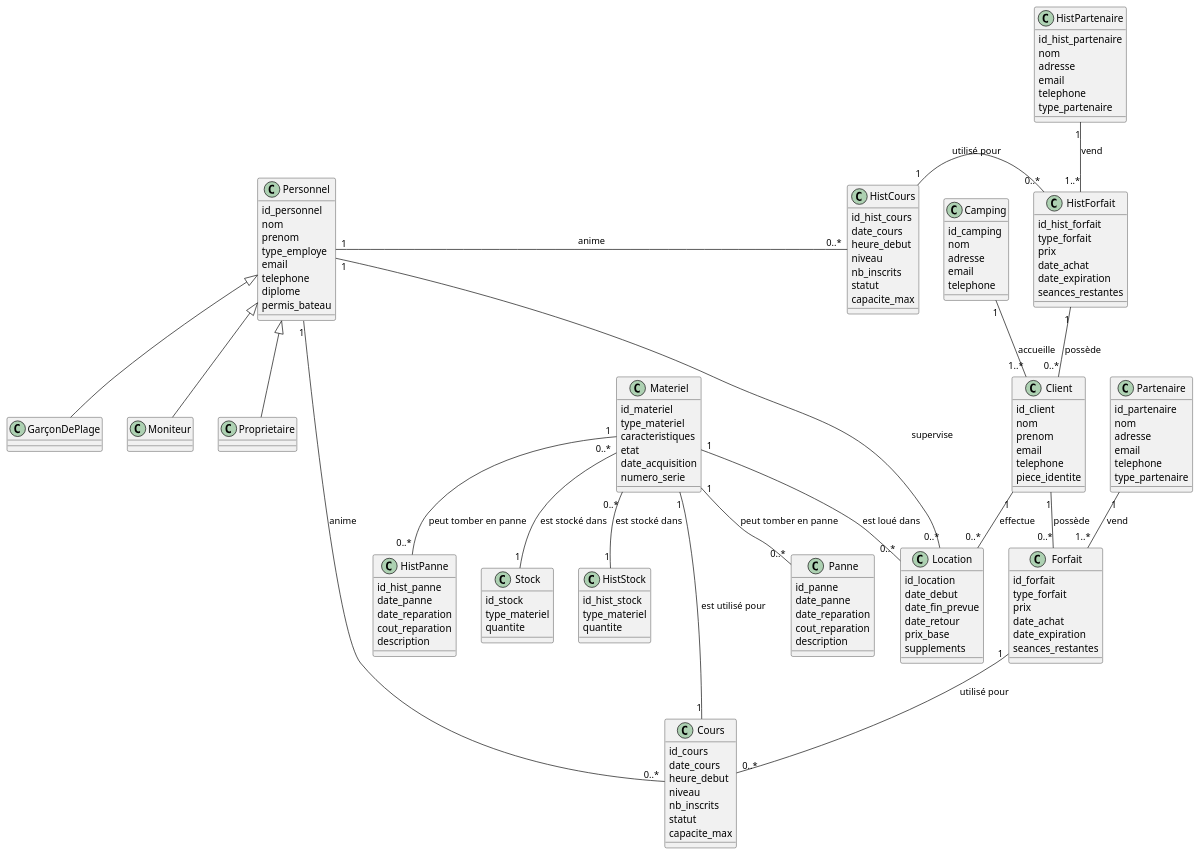
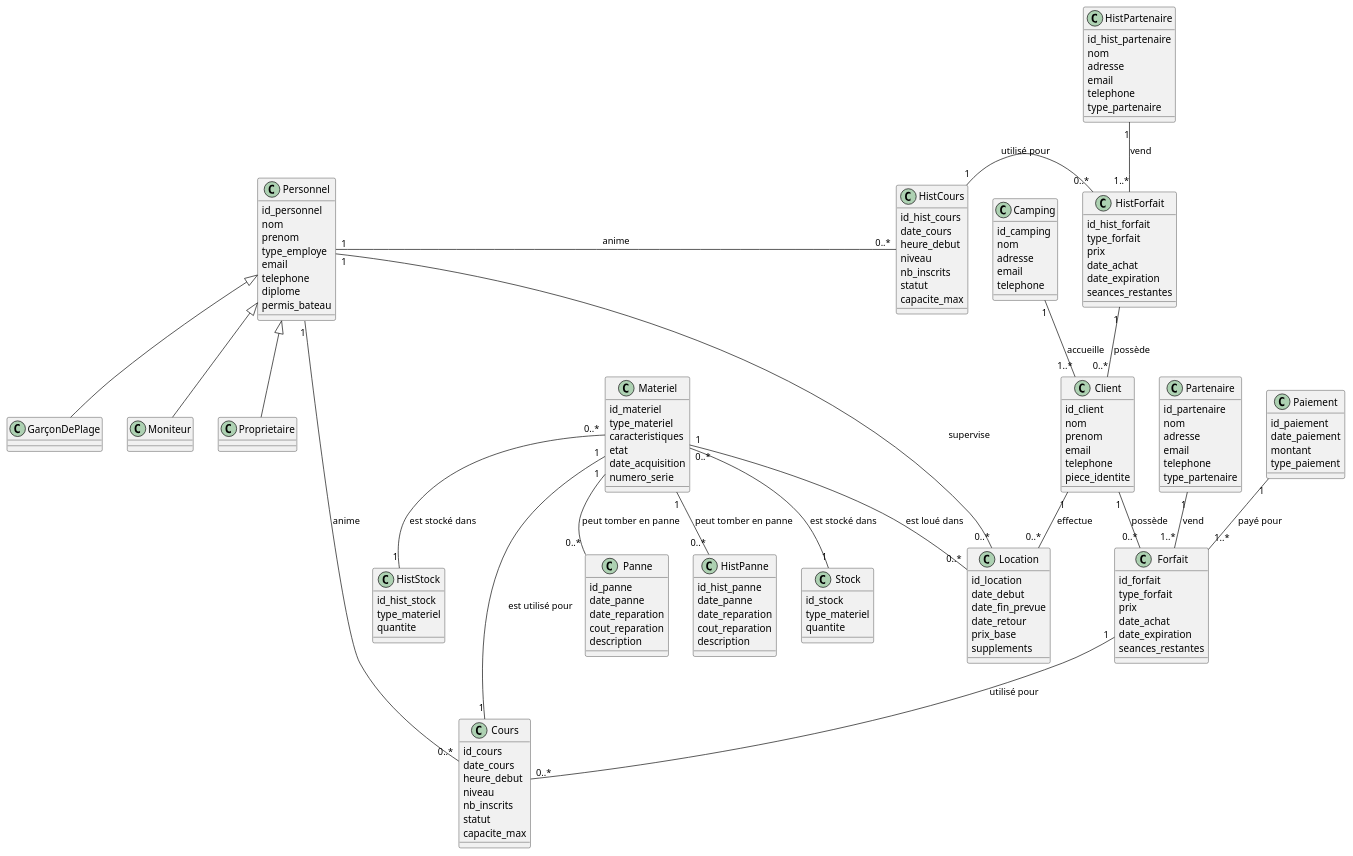
The diagram in docs/1-analysis/generalDesignClassDiagram.puml (Hugo-COLLIN/MIAGE_CSI_NauticalClub), drawn with PlantUML before and after one commit.

Commit message:
docs: adding Paiement class

```diff
--- a/docs/1-analysis/generalDesignClassDiagram.puml
+++ b/docs/1-analysis/generalDesignClassDiagram.puml
@@ -1,159 +1,167 @@
 @startuml
     class Personnel {
         id_personnel
         nom
         prenom
         type_employe
         email
         telephone
         diplome
         permis_bateau
     }
 
     class GarçonDePlage extends Personnel {
     }
 
     class Moniteur extends Personnel {
     }
 
     class Proprietaire extends Personnel {
     }
 
     class Client {
         id_client
         nom
         prenom
         email
         telephone
         piece_identite
     }
 
     class Materiel {
         id_materiel
         type_materiel
         caracteristiques
         etat
         date_acquisition
         numero_serie
     }
 
     class Forfait {
         id_forfait
         type_forfait
         prix
         date_achat
         date_expiration
         seances_restantes
     }
 
     class Partenaire {
         id_partenaire
         nom
         adresse
         email
         telephone
         type_partenaire
     }
 
     class HistPartenaire {
         id_hist_partenaire
         nom
         adresse
         email
         telephone
         type_partenaire
     }
 
     class Camping {
         id_camping
         nom
         adresse
         email
         telephone
     }
 
     class HistForfait {
         id_hist_forfait
         type_forfait
         prix
         date_achat
         date_expiration
         seances_restantes
     }
 
     class Cours {
         id_cours
         date_cours
         heure_debut
         niveau
         nb_inscrits
         statut
         capacite_max
     }
 
     class HistCours {
         id_hist_cours
         date_cours
         heure_debut
         niveau
         nb_inscrits
         statut
         capacite_max
     }
 
     class Location {
         id_location
         date_debut
         date_fin_prevue
         date_retour
         prix_base
         supplements
     }
 
     class Panne {
         id_panne
         date_panne
         date_reparation
         cout_reparation
         description
     }
 
     class HistPanne {
         id_hist_panne
         date_panne
         date_reparation
         cout_reparation
         description
     }
 
     class Stock {
         id_stock
         type_materiel
         quantite
     }
 
     class HistStock {
         id_hist_stock
         type_materiel
         quantite
     }
 
+    class Paiement {
+        id_paiement
+        date_paiement
+        montant
+        type_paiement
+    }
+
     Client "1" -- "0..*" Forfait: possède
     Client "1" -- "0..*" Location: effectue
     Personnel "1" -- "0..*" Cours: anime
     Materiel "1" -- "0..*" Location: est loué dans
     Forfait "1" -- "0..*" Cours: utilisé pour
     Personnel "1" -- "0..*" Location: supervise
     Materiel "1" -- "0..*" Panne: peut tomber en panne
     Materiel "1" -- "0..*" HistPanne: peut tomber en panne
     Materiel "0..*" -- "1" Stock: est stocké dans
     Materiel "0..*" -- "1" HistStock: est stocké dans
     HistCours "1" - "0..*" HistForfait: utilisé pour
     Personnel "1" - "0..*" HistCours : anime
     HistForfait "1" -- "0..*" Client: possède
     Partenaire "1" -- "1..*" Forfait: vend
     HistPartenaire "1" -- "1..*" HistForfait: vend
     Camping "1" -- "1..*" Client: accueille
     Materiel "1" - "1" Cours: est utilisé pour
+    Paiement "1" -- "1..*" Forfait: payé pour
 
 @enduml
```
